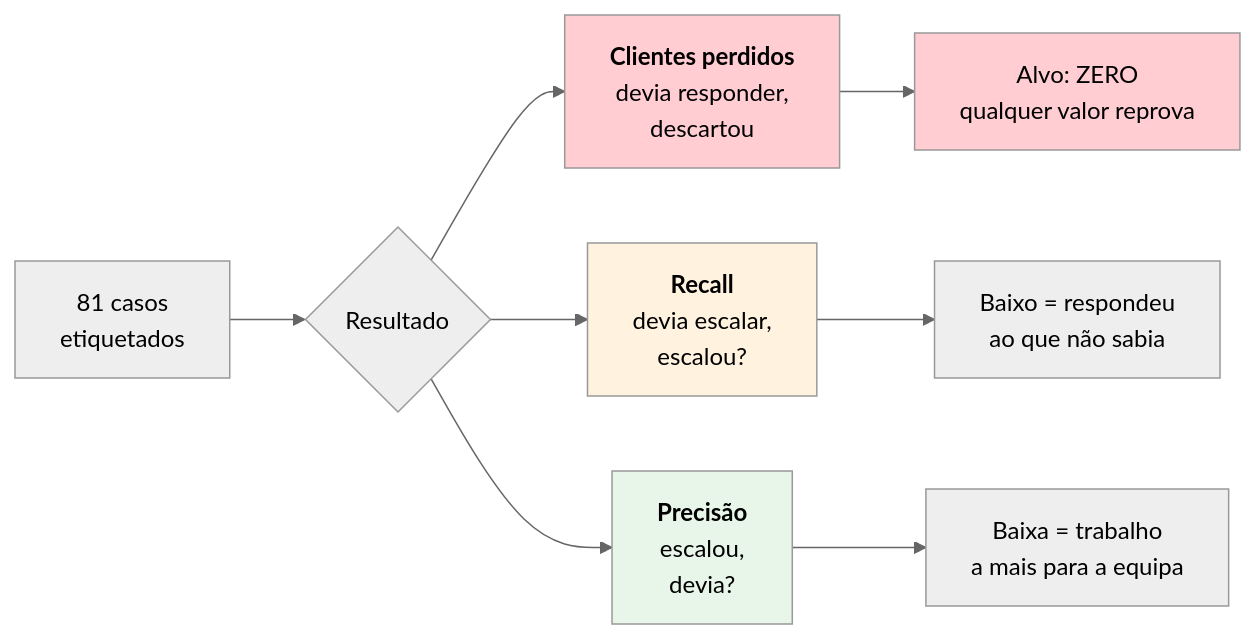
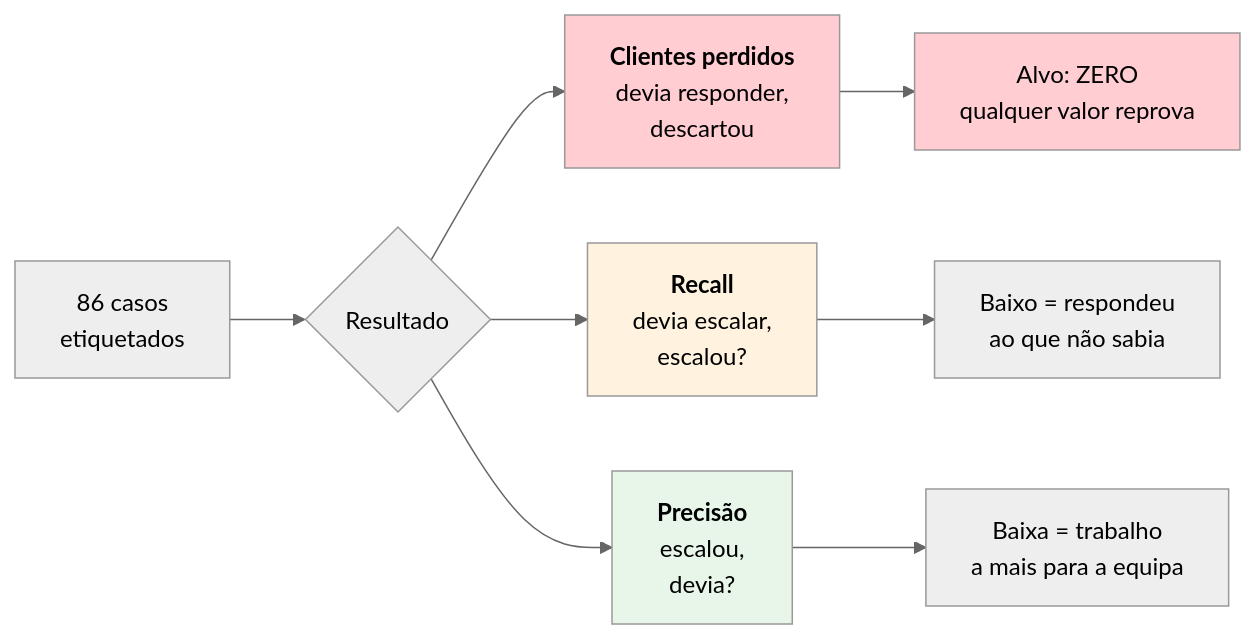
Before and after one commit to joaocarvalhini/Outlook-Reply-Assistant: the diagram in docs/01-overview/problem-and-solution.md, drawn with Mermaid (neutral theme). The commit also changed 10 other files, not shown here.

````diff
--- a/docs/01-overview/problem-and-solution.md
+++ b/docs/01-overview/problem-and-solution.md
@@ -70,16 +70,16 @@
 ```mermaid
 flowchart LR
-    A["81 casos<br/>etiquetados"] --> B{"Resultado"}
+    A["86 casos<br/>etiquetados"] --> B{"Resultado"}
     B --> C["<b>Clientes perdidos</b><br/>devia responder,<br/>descartou"]
     B --> D["<b>Recall</b><br/>devia escalar,<br/>escalou?"]
     B --> E["<b>Precisão</b><br/>escalou,<br/>devia?"]
 
     C --> F["Alvo: ZERO<br/>qualquer valor reprova"]
     D --> G["Baixo = respondeu<br/>ao que não sabia"]
     E --> H["Baixa = trabalho<br/>a mais para a equipa"]
 
     style C fill:#ffcdd2
     style F fill:#ffcdd2
     style D fill:#fff3e0
     style E fill:#e8f5e9
 ```
````
